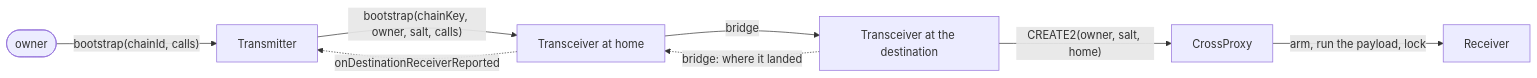
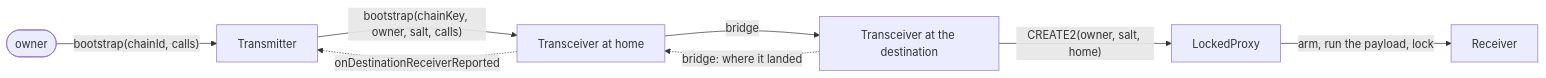
Before and after one commit to crossecute/protocol: the fourth of 4 diagrams in docs/message-flow.md, drawn with Mermaid. The commit also changed other lines of this file and 93 other files, not shown here.

First line of the commit message:
refactor: rename CrossProxy to LockedProxy and drop Cross from conduit names

````diff
--- a/docs/message-flow.md
+++ b/docs/message-flow.md
@@ -110,10 +110,10 @@
 ```mermaid
 flowchart LR
     Owner([owner]) -->|"bootstrap(chainId, calls)"| Tx[Transmitter]
     Tx -->|"bootstrap(chainKey, owner, salt, calls)"| Home[Transceiver at home]
     Home -->|"bridge"| Dest[Transceiver at the destination]
-    Dest -->|"CREATE2(owner, salt, home)"| Proxy[CrossProxy]
+    Dest -->|"CREATE2(owner, salt, home)"| Proxy[LockedProxy]
     Proxy -->|"arm, run the payload, lock"| Rx[Receiver]
     Dest -.->|"bridge: where it landed"| Home
     Home -.->|"onDestinationReceiverReported"| Tx
 ```
````
